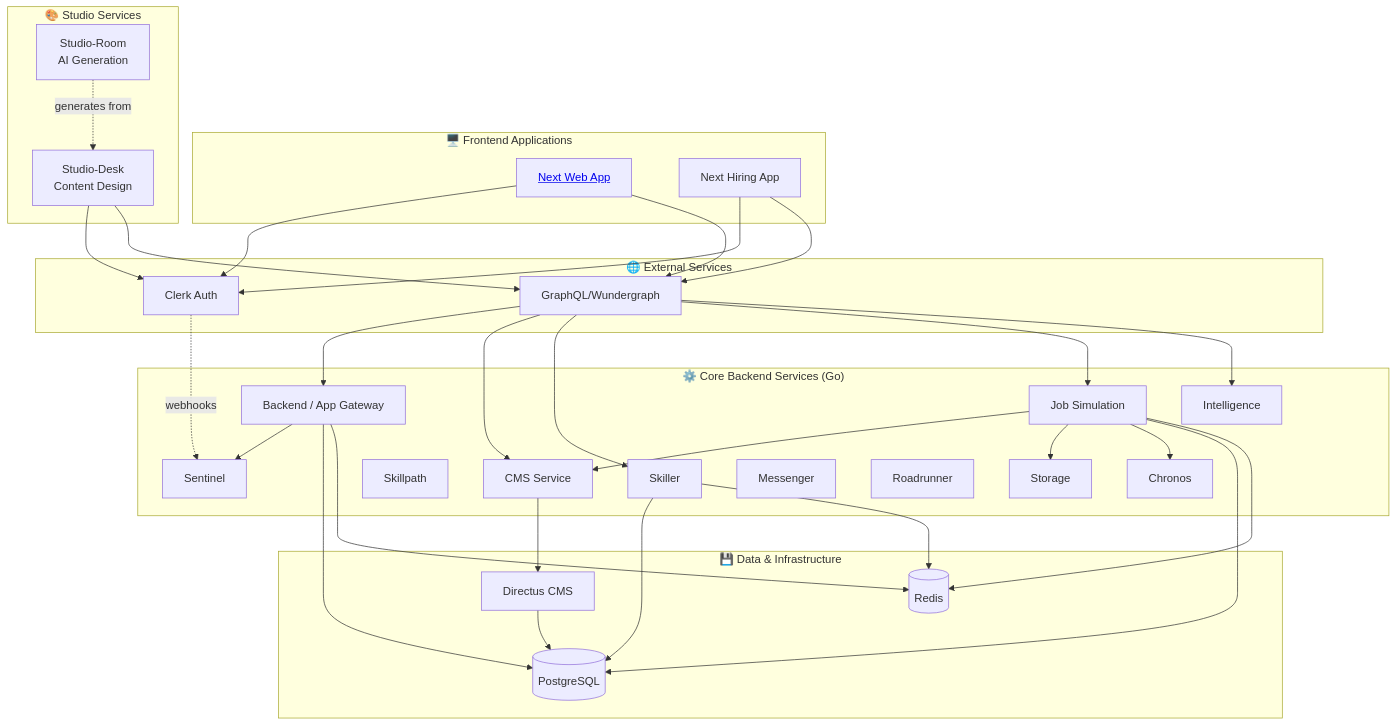
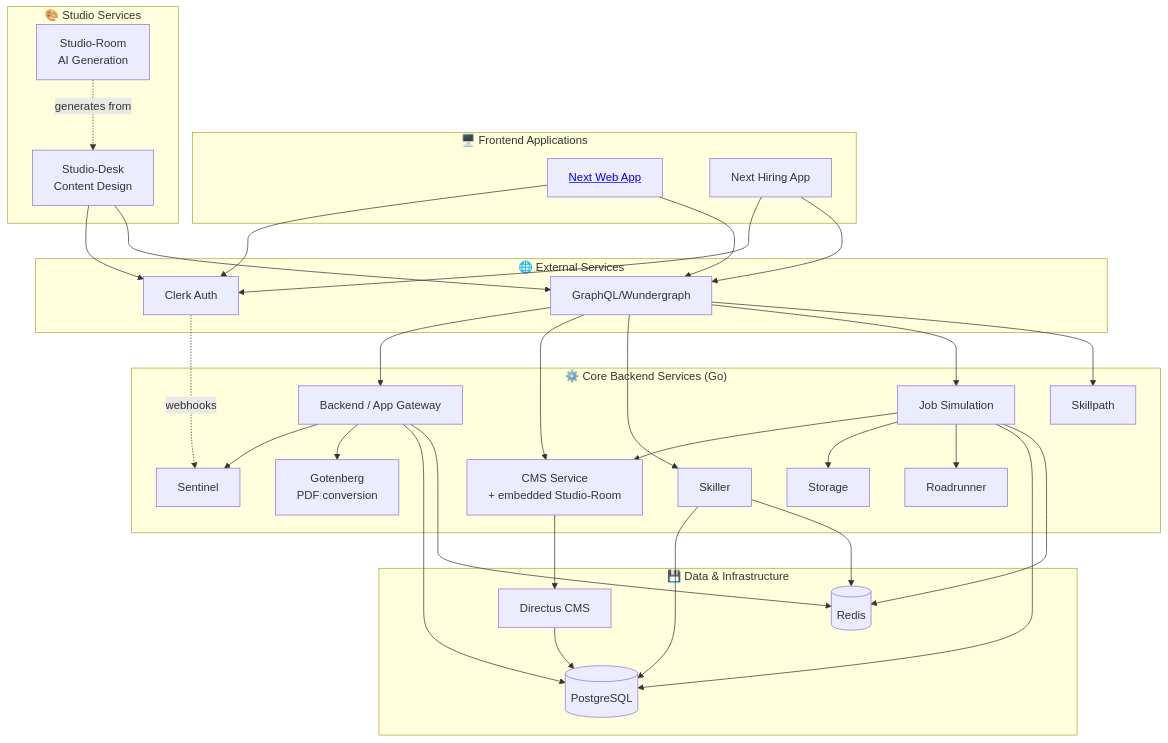
Before and after one commit to anthropos-work/rosetta: the diagram in corpus/architecture/architecture_overview.md, drawn with Mermaid. The commit also changed other lines of this file and 18 other files, not shown here.

````diff
--- a/corpus/architecture/architecture_overview.md
+++ b/corpus/architecture/architecture_overview.md
@@ -58,74 +60,73 @@
 ```mermaid
 graph TD
     subgraph External["🌐 External Services"]
         Clerk[Clerk Auth]
         GraphQL[GraphQL/Wundergraph]
     end
     
     subgraph Frontend["🖥️ Frontend Applications"]
         Web[<a href='./frontend_architecture.md'>Next Web App</a>]
         Hiring[Next Hiring App]
     end
     
     subgraph Studio["🎨 Studio Services"]
         Desk[Studio-Desk<br/>Content Design]
         Room[Studio-Room<br/>AI Generation]
     end
 
     subgraph Core["⚙️ Core Backend Services (Go)"]
         Gateway[Backend / App Gateway]
         Sentinel[Sentinel]
-        CMS_Service[CMS Service]
+        CMS_Service[CMS Service<br/>+ embedded Studio-Room]
         Skiller[Skiller]
         JobSim[Job Simulation]
         Skillpath[Skillpath]
         Storage[Storage]
-        Chronos[Chronos]
-        Intelligence[Intelligence]
-        Messenger[Messenger]
         Roadrunner[Roadrunner]
+        Gotenberg[Gotenberg<br/>PDF conversion]
     end
 
     subgraph Data["💾 Data & Infrastructure"]
         Postgres[(PostgreSQL)]
         Redis[(Redis)]
         Directus[Directus CMS]
     end
     
     %% Frontend connections
     Web --> Clerk
     Hiring --> Clerk
     Web --> GraphQL
     Hiring --> GraphQL
     
     %% Studio connections
     Desk --> Clerk
     Desk --> GraphQL
     Room -.->|generates from| Desk
     
-    %% GraphQL aggregation
+    %% GraphQL aggregation (5 subgraphs: backend, skiller, jobsimulation, cms, skillpath)
     GraphQL --> Gateway
     GraphQL --> CMS_Service
     GraphQL --> Skiller
     GraphQL --> JobSim
-    GraphQL --> Intelligence
-    
+    GraphQL --> Skillpath
+
     %% Core service dependencies
     Gateway --> Sentinel
+    Gateway --> Gotenberg
     CMS_Service --> Directus
     JobSim --> CMS_Service
     JobSim --> Storage
-    JobSim --> Chronos
+    JobSim --> Roadrunner
     
     %% Data connections
     Gateway --> Postgres
     Gateway --> Redis
     Skiller --> Postgres
     Skiller --> Redis
     JobSim --> Postgres
     JobSim --> Redis
     Directus --> Postgres
     
     %% Clerk integration
     Clerk -.->|webhooks| Sentinel
 ```
````
